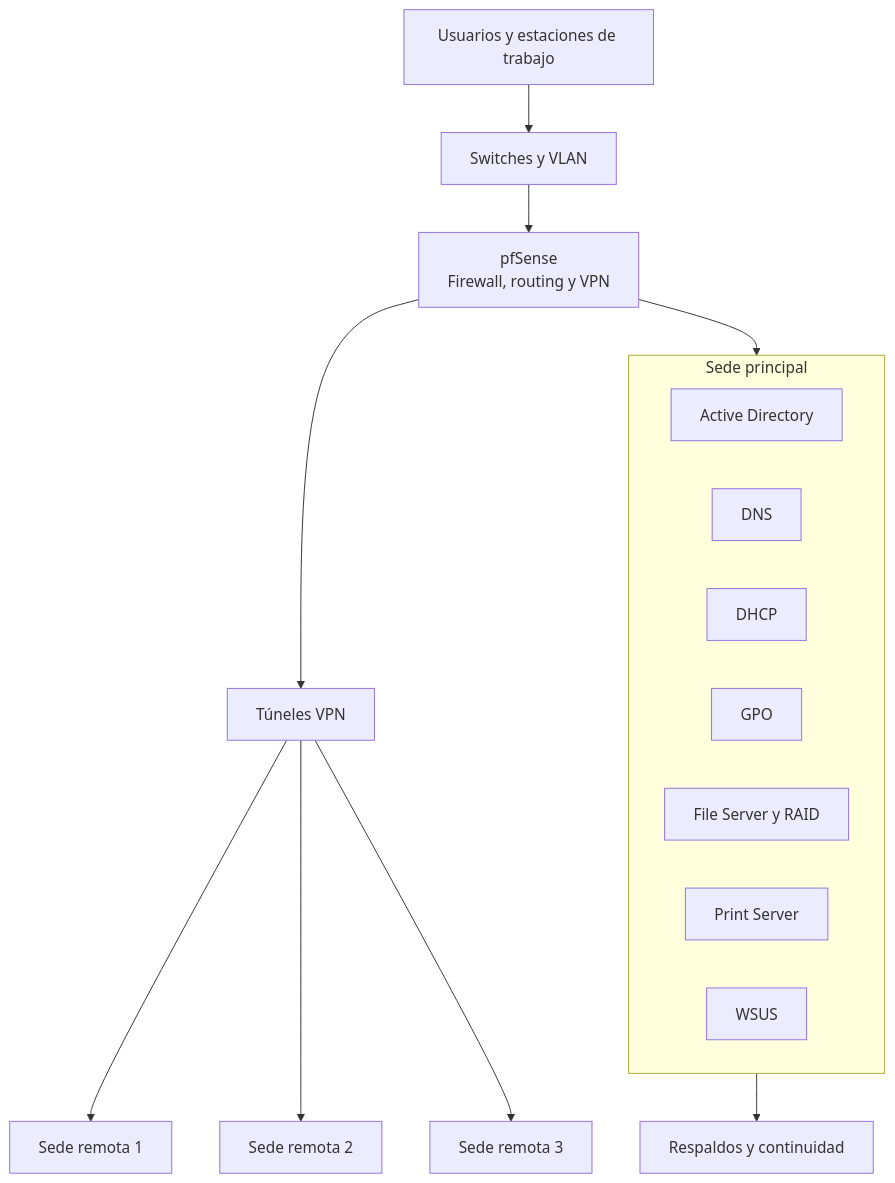
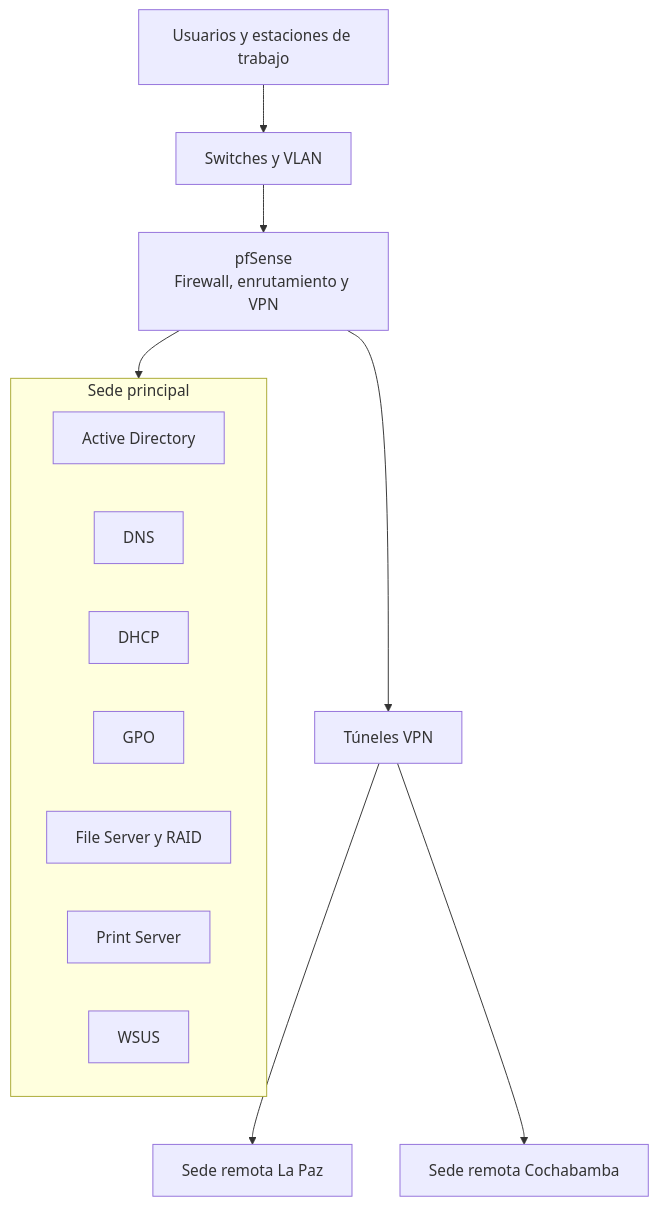
One commit to AlexJhailSanchezRea/manyma-infraestructura-ti-multiciudad changed the diagram in README.md. Above: the diagram before and after it, drawn with Mermaid. The commit also changed other lines of this file, not shown here.

````diff
--- a/README.md
+++ b/README.md
@@ -60,26 +70,23 @@
 ```mermaid
 flowchart TD
     USERS[Usuarios y estaciones de trabajo]
 
     subgraph MAIN[Sede principal]
         AD[Active Directory]
         DNS[DNS]
         DHCP[DHCP]
         GPO[GPO]
         FILE[File Server y RAID]
         PRINT[Print Server]
         WSUS[WSUS]
     end
 
     USERS --> SWITCH[Switches y VLAN]
-    SWITCH --> PFSENSE[pfSense<br/>Firewall, routing y VPN]
+    SWITCH --> PFSENSE[pfSense<br/>Firewall, enrutamiento y VPN]
 
     PFSENSE --> MAIN
     PFSENSE --> VPN[Túneles VPN]
 
-    VPN --> SITE1[Sede remota 1]
-    VPN --> SITE2[Sede remota 2]
-    VPN --> SITE3[Sede remota 3]
-
-    MAIN --> BACKUP[Respaldos y continuidad]
+    VPN --> LAPAZ[Sede remota La Paz]
+    VPN --> COCHABAMBA[Sede remota Cochabamba]
 ```
````
